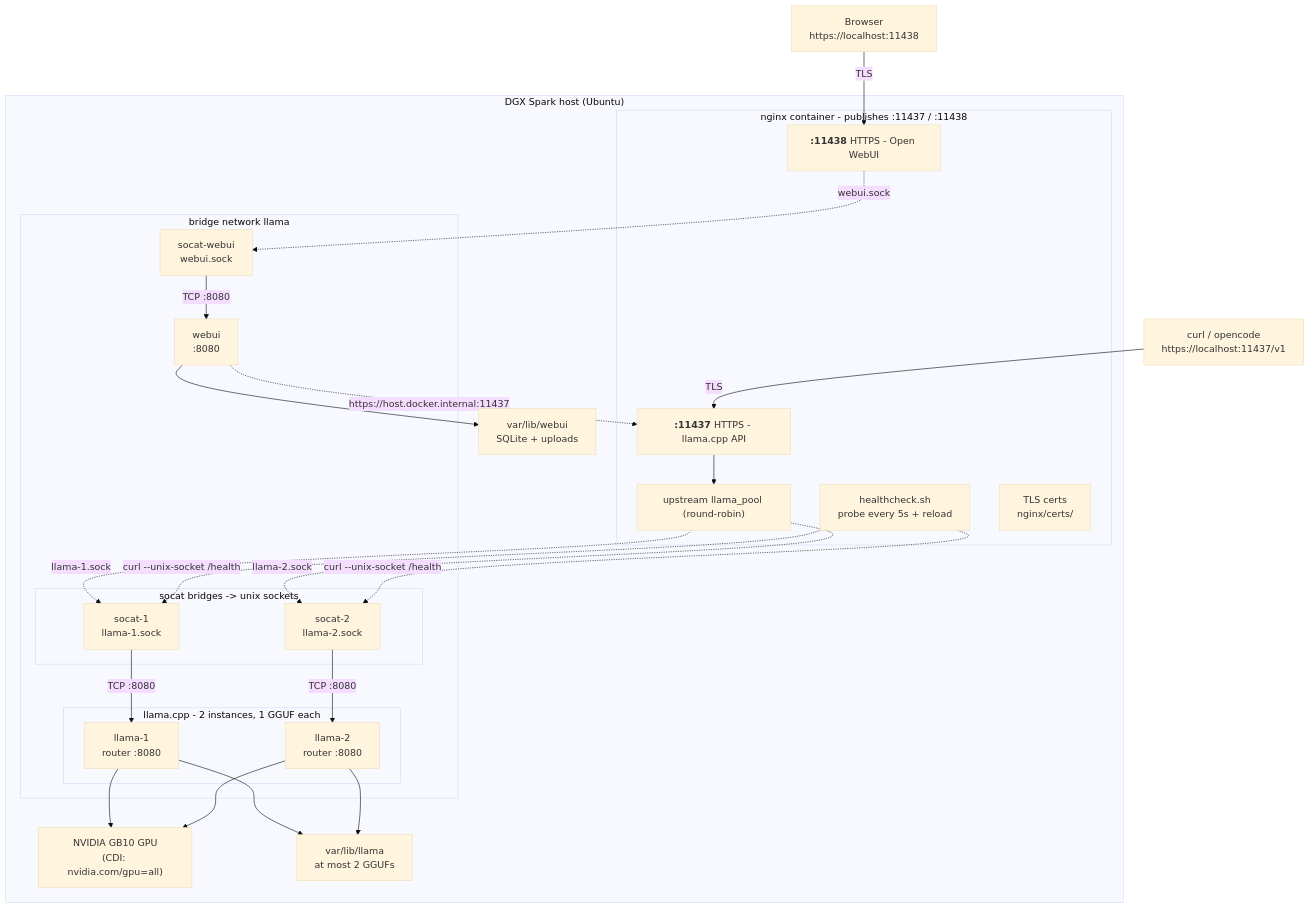
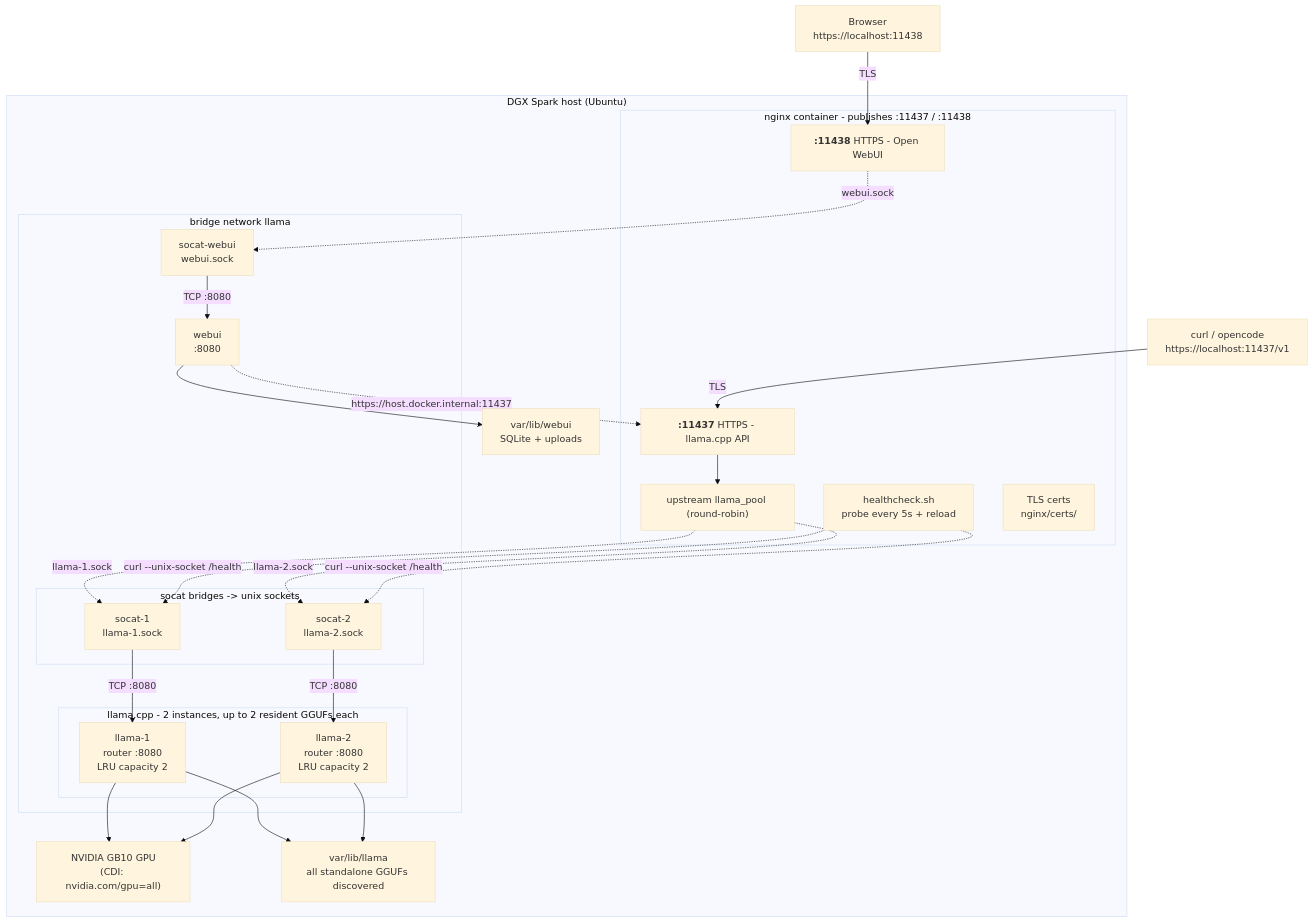
One commit to SpotDraft/llamacpp-serve changed the diagram in docs/diagrams/architecture.mmd. Above: the diagram before and after it, drawn with Mermaid (base theme). The commit also changed 19 other files, not shown here.

```diff
--- a/docs/diagrams/architecture.mmd
+++ b/docs/diagrams/architecture.mmd
@@ -1,46 +1,46 @@
 flowchart TD
     CLI1["curl / opencode<br/>https://localhost:11437/v1"]
     CLI2["Browser<br/>https://localhost:11438"]
 
     subgraph HOST["DGX Spark host (Ubuntu)"]
         subgraph NGX["nginx container - publishes :11437 / :11438"]
             LS11437["<b>:11437</b> HTTPS - llama.cpp API"]
             LS11438["<b>:11438</b> HTTPS - Open WebUI"]
             UP["upstream llama_pool (round-robin)"]
             HK["healthcheck.sh<br/>probe every 5s + reload"]
             CERTS["TLS certs<br/>nginx/certs/"]
         end
 
         subgraph NET["bridge network llama"]
-            subgraph POOL["llama.cpp - 2 instances, 1 GGUF each"]
-                L1["llama-1<br/>router :8080"]
-                L2["llama-2<br/>router :8080"]
+            subgraph POOL["llama.cpp - 2 instances, up to 2 resident GGUFs each"]
+                L1["llama-1<br/>router :8080<br/>LRU capacity 2"]
+                L2["llama-2<br/>router :8080<br/>LRU capacity 2"]
             end
             subgraph SOC["socat bridges -> unix sockets"]
                 S1["socat-1<br/>llama-1.sock"]
                 S2["socat-2<br/>llama-2.sock"]
             end
             W["webui<br/>:8080"]
             SW["socat-webui<br/>webui.sock"]
         end
 
         GPU["NVIDIA GB10 GPU<br/>(CDI: nvidia.com/gpu=all)"]
-        MODELS["var/lib/llama<br/>at most 2 GGUFs"]
+        MODELS["var/lib/llama<br/>all standalone GGUFs discovered"]
         DATA["var/lib/webui<br/>SQLite + uploads"]
     end
 
     CLI1 -->|TLS| LS11437
     CLI2 -->|TLS| LS11438
     LS11437 --> UP
     UP -.->|llama-1.sock| S1
     UP -.->|llama-2.sock| S2
     LS11438 -.->|webui.sock| SW
     S1 -->|TCP :8080| L1
     S2 -->|TCP :8080| L2
     SW -->|TCP :8080| W
     W -.->|https://host.docker.internal:11437| LS11437
     HK -.->|curl --unix-socket /health| S1
     HK -.->|curl --unix-socket /health| S2
     L1 & L2 --> GPU
     L1 & L2 --> MODELS
     W --> DATA
```
